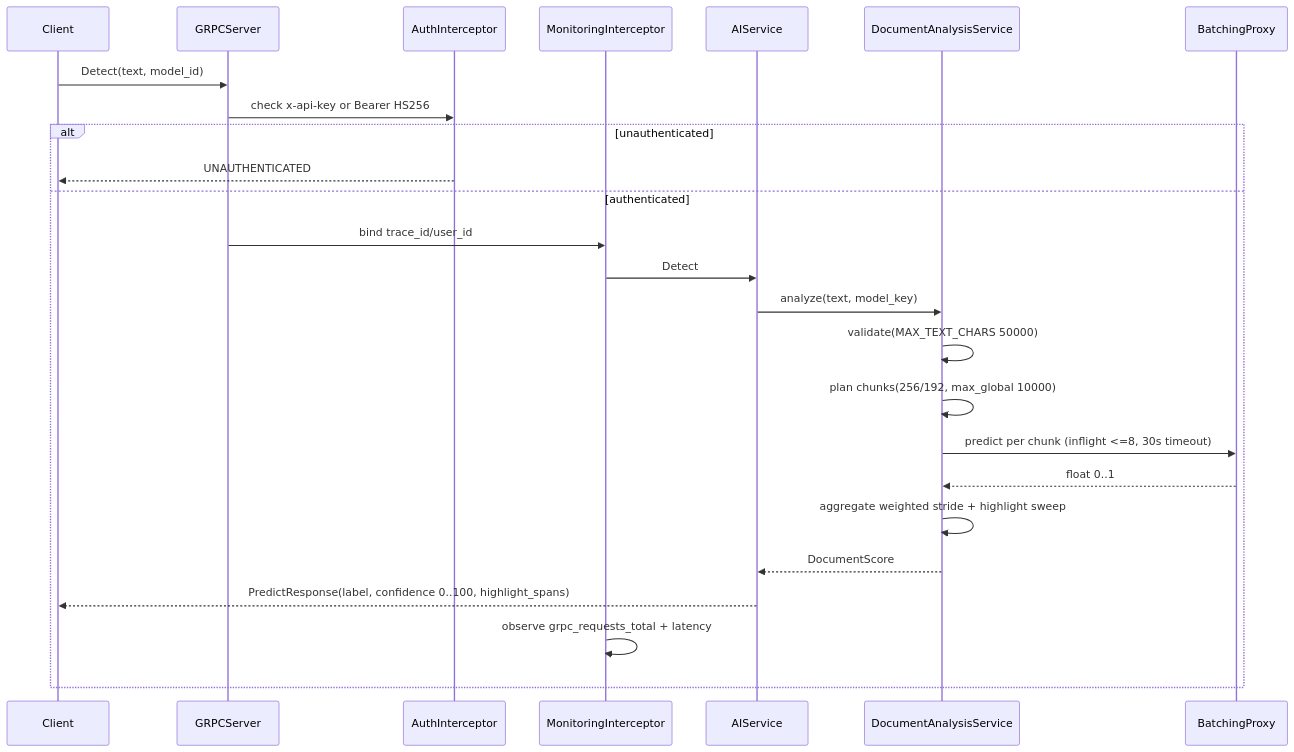
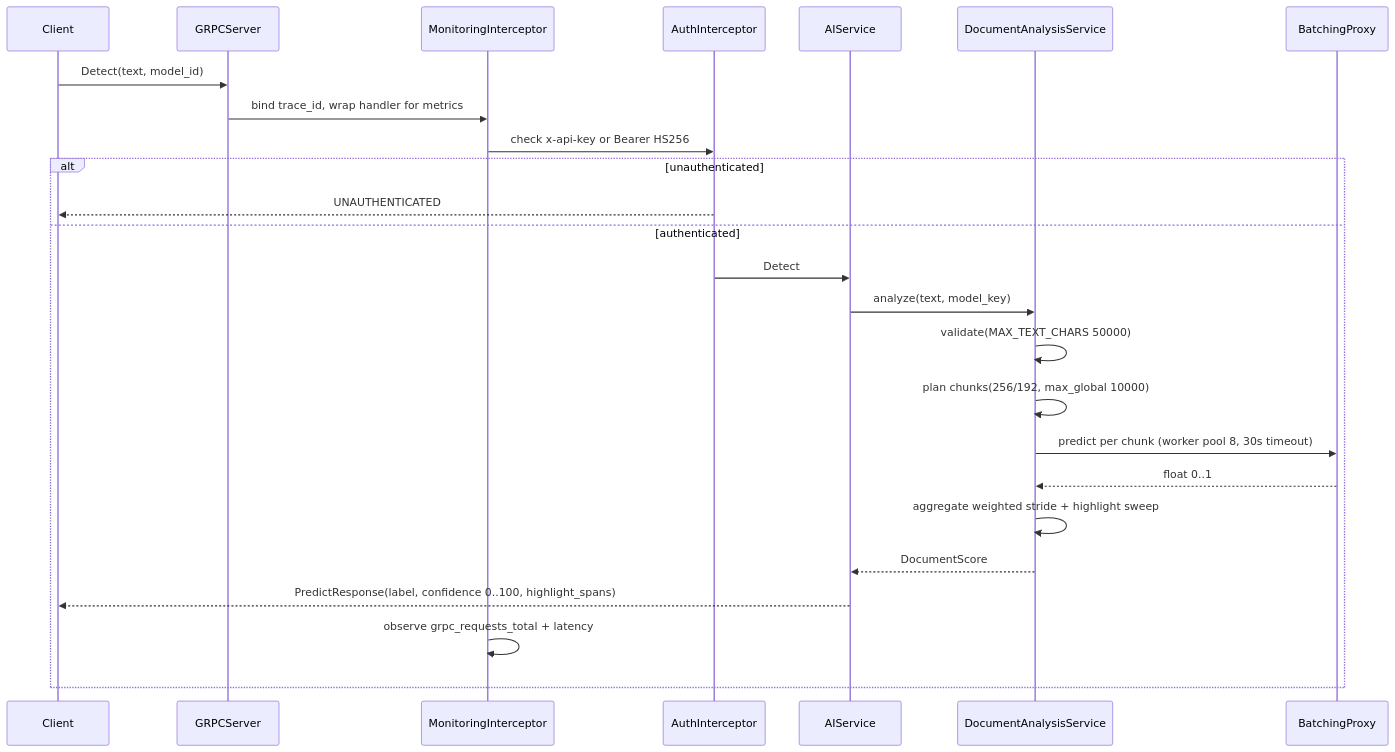
The first of 2 diagrams in services/inference/docs/concepts/request-flows.md (kunalPisolkar24/detectAI), drawn with Mermaid before and after one commit. The commit also changed other lines of this file and 14 other files, not shown here.

````diff
--- a/services/inference/docs/concepts/request-flows.md
+++ b/services/inference/docs/concepts/request-flows.md
@@ -9,27 +9,27 @@
 ```mermaid
 sequenceDiagram
     participant C as Client
     participant G as GRPCServer
+    participant M as MonitoringInterceptor
     participant A as AuthInterceptor
-    participant M as MonitoringInterceptor
     participant S as AIService
     participant D as DocumentAnalysisService
     participant B as BatchingProxy
     C->>G: Detect(text, model_id)
-    G->>A: check x-api-key or Bearer HS256
+    G->>M: bind trace_id, wrap handler for metrics
+    M->>A: check x-api-key or Bearer HS256
     alt unauthenticated
         A-->>C: UNAUTHENTICATED
     else authenticated
-        G->>M: bind trace_id/user_id
-        M->>S: Detect
+        A->>S: Detect
         S->>D: analyze(text, model_key)
         D->>D: validate(MAX_TEXT_CHARS 50000)
         D->>D: plan chunks(256/192, max_global 10000)
-        D->>B: predict per chunk (inflight <=8, 30s timeout)
+        D->>B: predict per chunk (worker pool 8, 30s timeout)
         B-->>D: float 0..1
         D->>D: aggregate weighted stride + highlight sweep
         D-->>S: DocumentScore
         S-->>C: PredictResponse(label, confidence 0..100, highlight_spans)
         M->>M: observe grpc_requests_total + latency
     end
 ```
````
